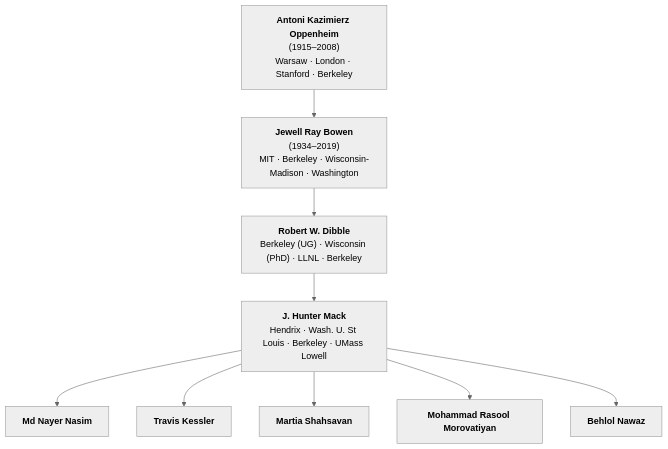
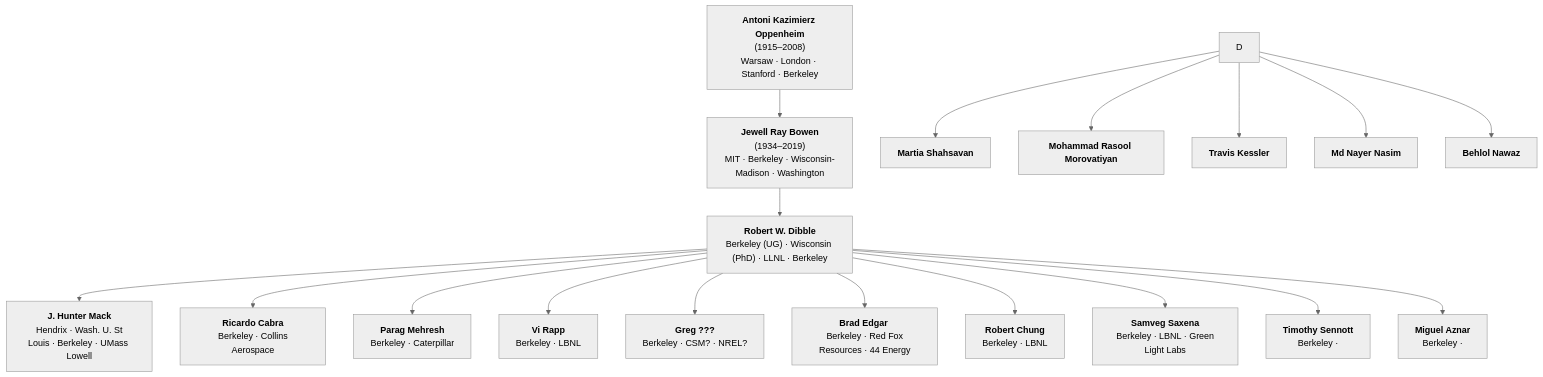
Before and after one commit to bnawaz95/ECRL-acad-tree: the diagram in acad_tree.md, drawn with Mermaid (neutral theme).

Commit message:
Update acad_tree.md
Expanded to include Prof. Mack's acaedmic siblings that he mentioned.

Assuming only people who have graduated with a PhD are in there.

Couldn't figure out one name "Greg., affiliated with CSM and NREL".

Need to confirm all of the above with Prof. Mack.

````diff
--- a/acad_tree.md
+++ b/acad_tree.md
@@ -1,25 +1,45 @@
 ```mermaid
 graph TD
     A["<b>Antoni Kazimierz Oppenheim</b><br/>(1915–2008)<br/>Warsaw · London · Stanford · Berkeley"]
 
     B["<b>Jewell Ray Bowen</b><br/>(1934–2019)<br/>MIT · Berkeley · Wisconsin-Madison · Washington"]
 
     C["<b>Robert W. Dibble</b><br/>Berkeley (UG) · Wisconsin (PhD) · LLNL · Berkeley"]
 
-    D["<b>J. Hunter Mack</b><br/>Hendrix · Wash. U. St Louis · Berkeley · UMass Lowell"]
+    D0["<b>J. Hunter Mack</b><br/> Hendrix · Wash. U. St Louis · Berkeley · UMass Lowell"]
+    D1["<b>Ricardo Cabra</b><br/> Berkeley · Collins Aerospace"]
+    D2["<b>Parag Mehresh</b><br/> Berkeley · Caterpillar"]
+    D3["<b>Vi Rapp</b><br/> Berkeley · LBNL"]
+    D4["<b>Greg ???</b><br/> Berkeley · CSM? · NREL?"]
+    D5["<b>Brad Edgar </b><br/> Berkeley · Red Fox Resources · 44 Energy"]
+    D6["<b>Robert Chung</b><br/> Berkeley · LBNL"]
+    D7["<b>Samveg Saxena</b><br/> Berkeley · LBNL · Green Light Labs"]
+    D8["<b>Timothy Sennott</b><br/> Berkeley · "]
+    D9["<b>Miguel Aznar</b><br/> Berkeley · "]
 
-    E["<b>Md Nayer Nasim</b>"]
-    F["<b>Travis Kessler</b>"]
-    G["<b>Martia Shahsavan</b>"]
-    H["<b>Mohammad Rasool Morovatiyan</b>"]
+    E["<b>Martia Shahsavan</b>"]
+    F["<b>Mohammad Rasool Morovatiyan</b>"]
+    G["<b>Travis Kessler</b>"]
+    H["<b>Md Nayer Nasim</b>"]
     I["<b>Behlol Nawaz</b>"]
 
     A --> B
     B --> C
-    C --> D
+
+    C --> D0
+    C --> D1
+    C --> D2
+    C --> D3
+    C --> D4
+    C --> D5
+    C --> D6
+    C --> D7
+    C --> D8
+    C --> D9
+
     D --> E
     D --> F
     D --> G
     D --> H
     D --> I
 ```
````
